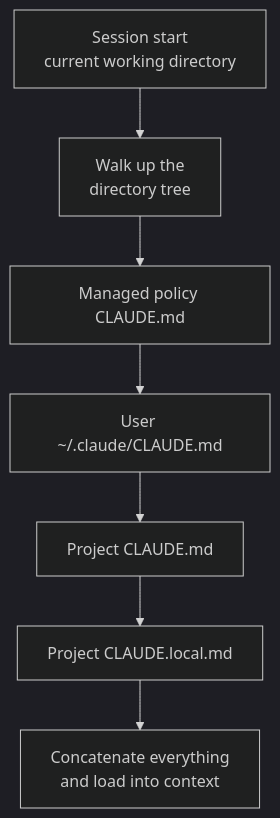
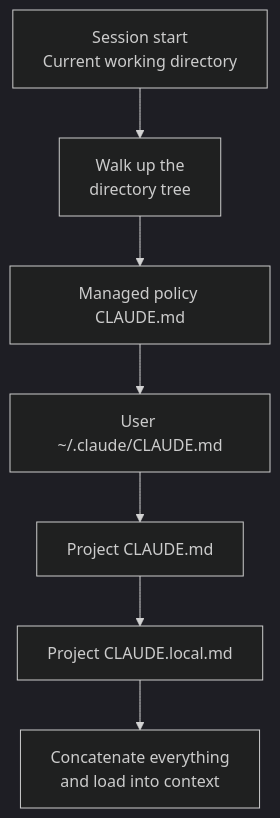
Before and after one commit to modu-ai/moai-adk: the first of 2 diagrams in docs-site/content/en/claude-code/context-memory/memory.md, drawn with Mermaid (dark theme). The commit also changed other lines of this file and 395 other files, not shown here.

````diff
--- a/docs-site/content/en/claude-code/context-memory/memory.md
+++ b/docs-site/content/en/claude-code/context-memory/memory.md
@@ -60,9 +60,9 @@
 ```mermaid
 flowchart TD
-    A["Session start<br>current working directory"] --> B["Walk up the<br>directory tree"]
+    A["Session start<br>Current working directory"] --> B["Walk up the<br>directory tree"]
     B --> C["Managed policy CLAUDE.md"]
     C --> D["User ~/.claude/CLAUDE.md"]
     D --> E["Project CLAUDE.md"]
     E --> F["Project CLAUDE.local.md"]
     F --> G["Concatenate everything<br>and load into context"]
 ```
````
